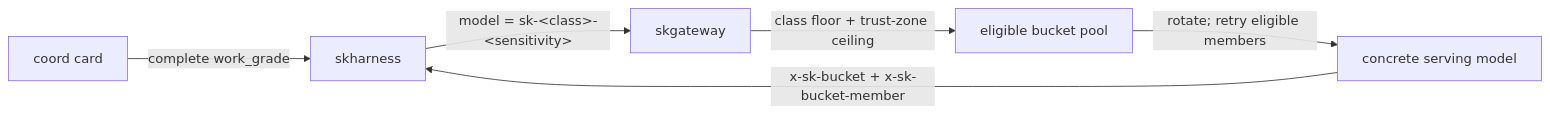
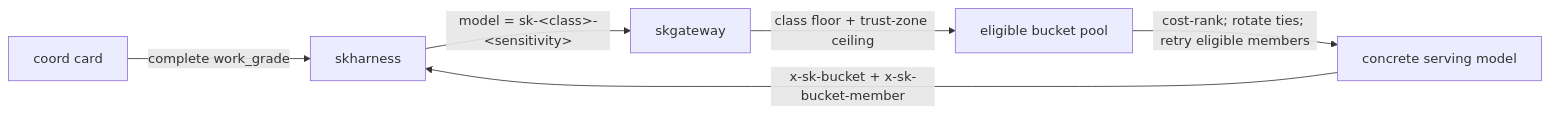
One commit to smilinTux/skgateway changed the first of 2 diagrams in SOP.md. Above: the diagram before and after it, drawn with Mermaid. The commit also changed other lines of this file and 5 other files, not shown here.

Commit message:
fix(buckets): cost-rank live members (2f712729)

````diff
--- a/SOP.md
+++ b/SOP.md
@@ -63,8 +63,8 @@
 ```mermaid
 flowchart LR
     CARD["coord card"] -->|"complete work_grade"| HARNESS["skharness"]
     HARNESS -->|"model = sk-&lt;class&gt;-&lt;sensitivity&gt;"| GW2["skgateway"]
     GW2 -->|"class floor + trust-zone ceiling"| POOL["eligible bucket pool"]
-    POOL -->|"rotate; retry eligible members"| MODEL["concrete serving model"]
+    POOL -->|"cost-rank; rotate ties; retry eligible members"| MODEL["concrete serving model"]
     MODEL -->|"x-sk-bucket + x-sk-bucket-member"| HARNESS
 ```
````
